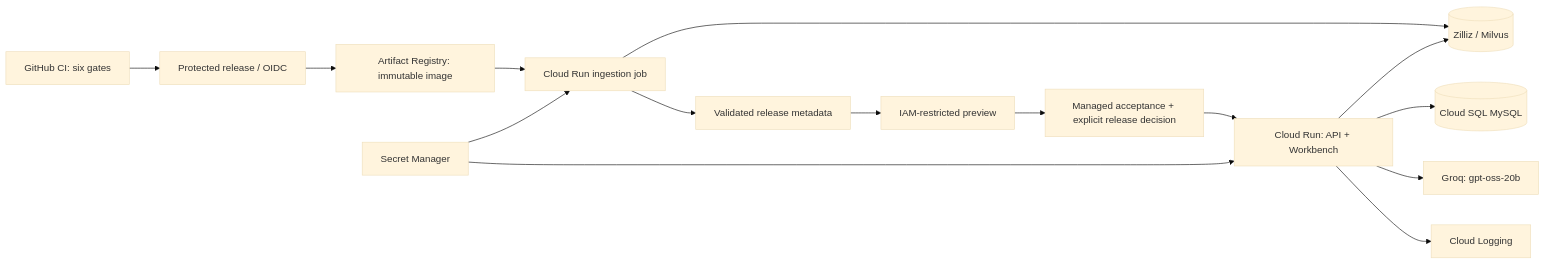
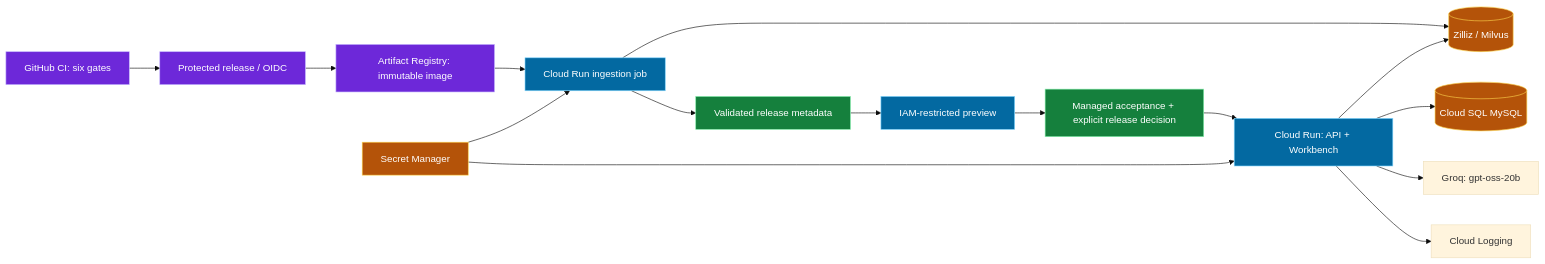
One commit to Akgithub2028/NexusAgent-Enterprise-Autonomous-Multi-Agent-Decision-Intelligence-Platform changed the second of 2 diagrams in README.md. Above: the diagram before and after it, drawn with Mermaid (base theme). The commit also changed other lines of this file and 4 other files, not shown here.

````diff
--- a/README.md
+++ b/README.md
@@ -283,17 +422,26 @@
 ```mermaid
 flowchart LR
     CI[GitHub CI: six gates] --> OIDC[Protected release / OIDC]
     OIDC --> AR[Artifact Registry: immutable image]
     AR --> JOB[Cloud Run ingestion job]
     JOB --> V[(Zilliz / Milvus)]
     JOB --> RECEIPT[Validated release metadata]
     RECEIPT --> PREVIEW[IAM-restricted preview]
     PREVIEW --> ACCEPT[Managed acceptance + explicit release decision]
     ACCEPT --> PROD[Cloud Run: API + Workbench]
     PROD --> V
     PROD --> SQL[(Cloud SQL MySQL)]
     PROD --> LLM[Groq: gpt-oss-20b]
     SECRETS[Secret Manager] --> JOB
     SECRETS --> PROD
     PROD --> LOGS[Cloud Logging]
+
+    classDef delivery fill:#6d28d9,stroke:#c4b5fd,color:#fff
+    classDef compute fill:#0369a1,stroke:#7dd3fc,color:#fff
+    classDef state fill:#b45309,stroke:#fcd34d,color:#fff
+    classDef approval fill:#15803d,stroke:#86efac,color:#fff
+    class CI,OIDC,AR delivery
+    class JOB,PREVIEW,PROD compute
+    class V,SQL,SECRETS state
+    class RECEIPT,ACCEPT approval
 ```
````
